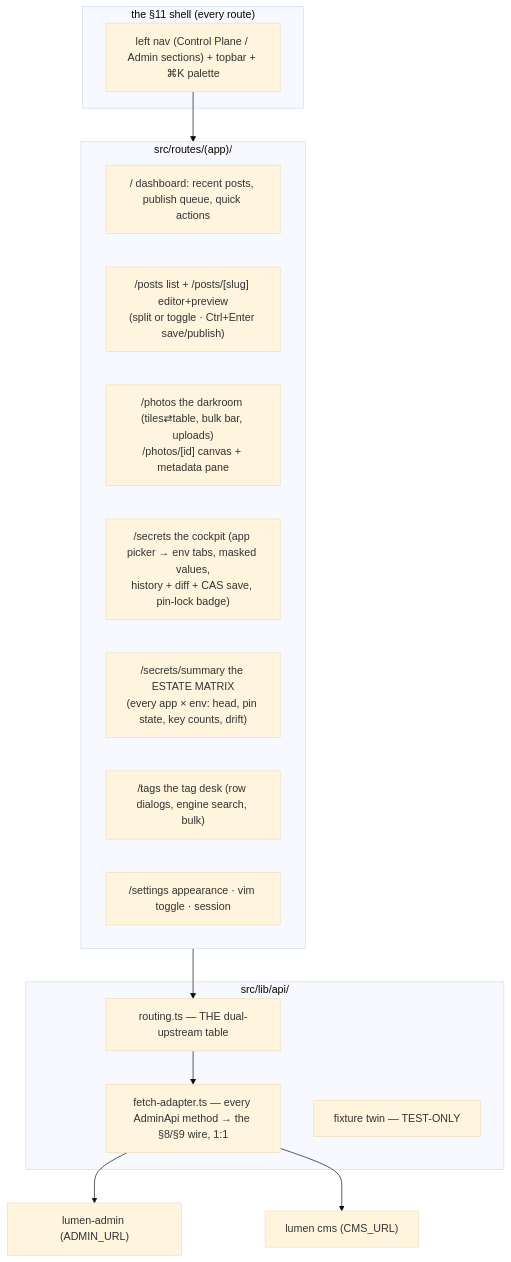
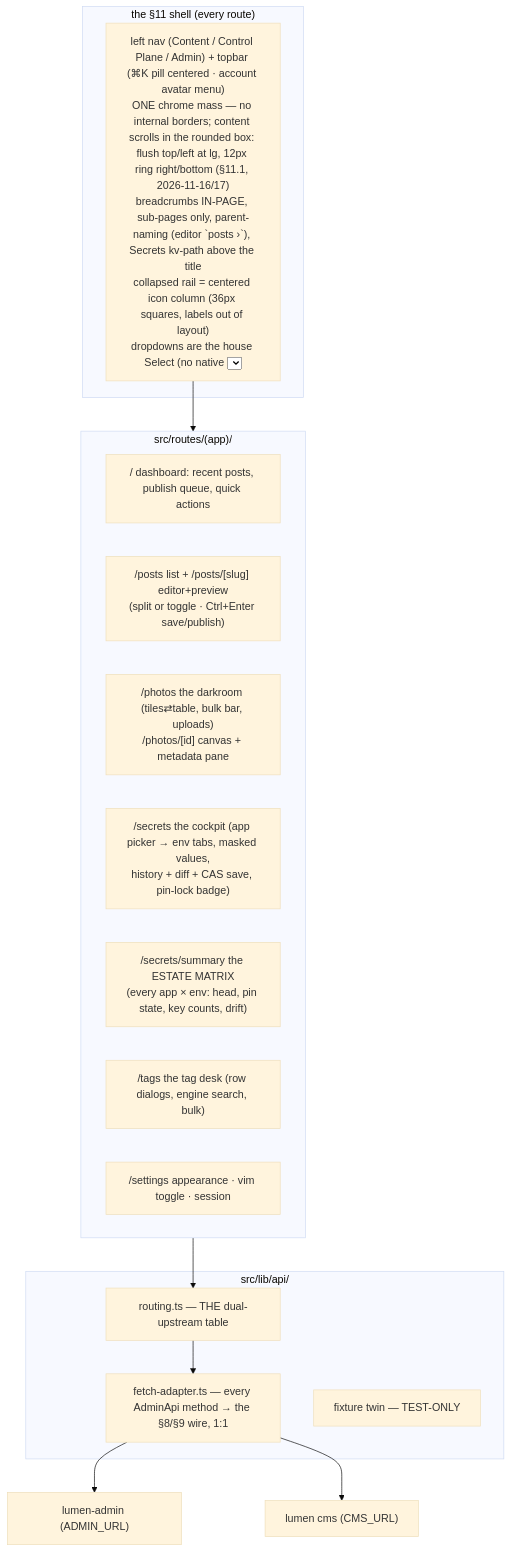
Before and after one commit to kanatabi/omicron: the first of 2 diagrams in context-knowledge/repos/mellon/README.md, drawn with Mermaid (base theme).

Commit message:
docs: sync the mellon vault note — the in-page crumb grammar
Companion to the mellon 3c668aa round (the anatomy line's breadcrumb
clause + the surface model's third iteration); it missed the pin-bump
commit because that staged mellon/ only.

````diff
--- a/context-knowledge/repos/mellon/README.md
+++ b/context-knowledge/repos/mellon/README.md
@@ -46,25 +46,25 @@
 ```mermaid
 flowchart TB
     subgraph shell["the §11 shell (every route)"]
-        NAV["left nav (Control Plane / Admin sections) + topbar + ⌘K palette"]
+        NAV["left nav (Content / Control Plane / Admin) + topbar (⌘K pill centered · account avatar menu)<br/>ONE chrome mass — no internal borders; content scrolls in the rounded box: flush top/left at lg, 12px ring right/bottom (§11.1, 2026-11-16/17)<br/>breadcrumbs IN-PAGE, sub-pages only, parent-naming (editor `posts ›`), Secrets kv-path above the title<br/>collapsed rail = centered icon column (36px squares, labels out of layout)<br/>dropdowns are the house Select (no native <select>); content-mode palette rows wear cast-hued type pills"]
     end
     subgraph app["src/routes/(app)/"]
         DASH["/ dashboard: recent posts, publish queue, quick actions"]
         POSTS["/posts list + /posts/[slug] editor+preview<br/>(split or toggle · Ctrl+Enter save/publish)"]
         PHOTOS["/photos the darkroom (tiles⇄table, bulk bar, uploads)<br/>/photos/[id] canvas + metadata pane"]
         SEC["/secrets the cockpit (app picker → env tabs, masked values,<br/>history + diff + CAS save, pin-lock badge)"]
         SUM["/secrets/summary the ESTATE MATRIX<br/>(every app × env: head, pin state, key counts, drift)"]
         TAGS["/tags the tag desk (row dialogs, engine search, bulk)"]
         SET["/settings appearance · vim toggle · session"]
     end
     subgraph lib["src/lib/api/"]
         RT["routing.ts — THE dual-upstream table"]
         FA["fetch-adapter.ts — every AdminApi method → the §8/§9 wire, 1:1"]
         TWIN["fixture twin — TEST-ONLY"]
     end
     NAV --> app
     app --> RT
     RT --> FA
     FA --> A["lumen-admin (ADMIN_URL)"]
     FA --> C["lumen cms (CMS_URL)"]
 ```
````
